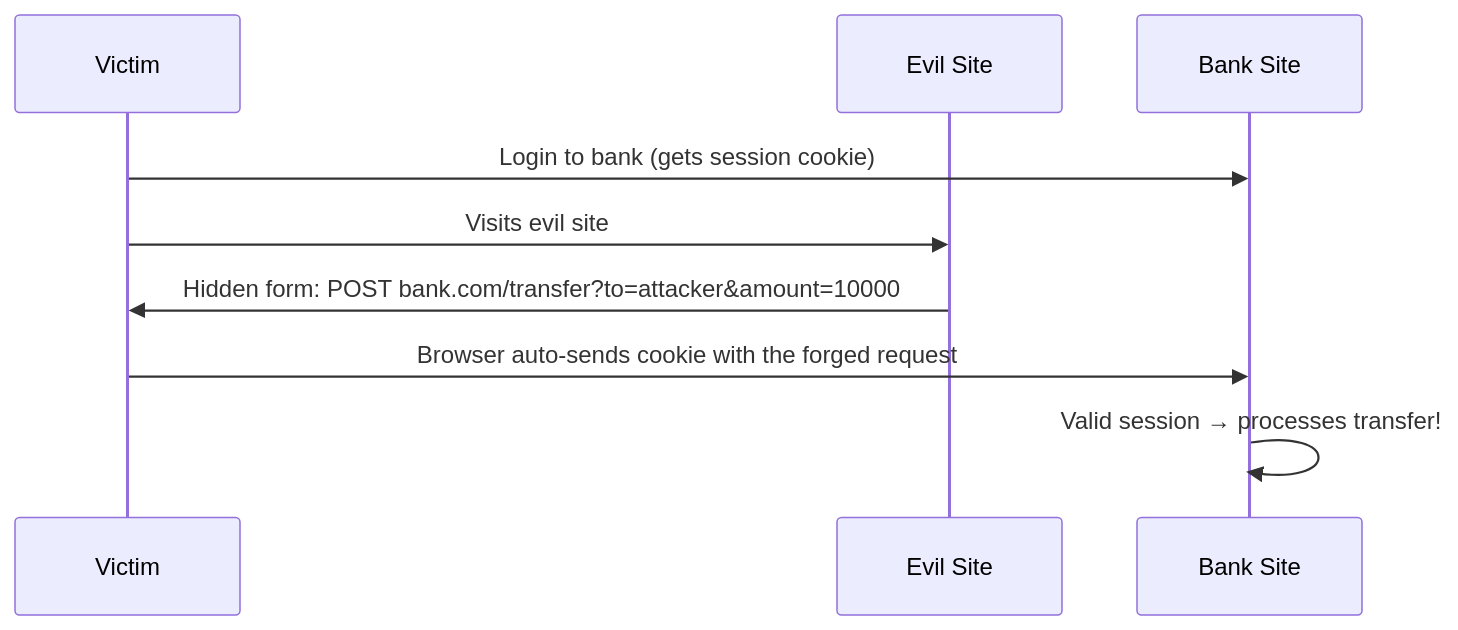
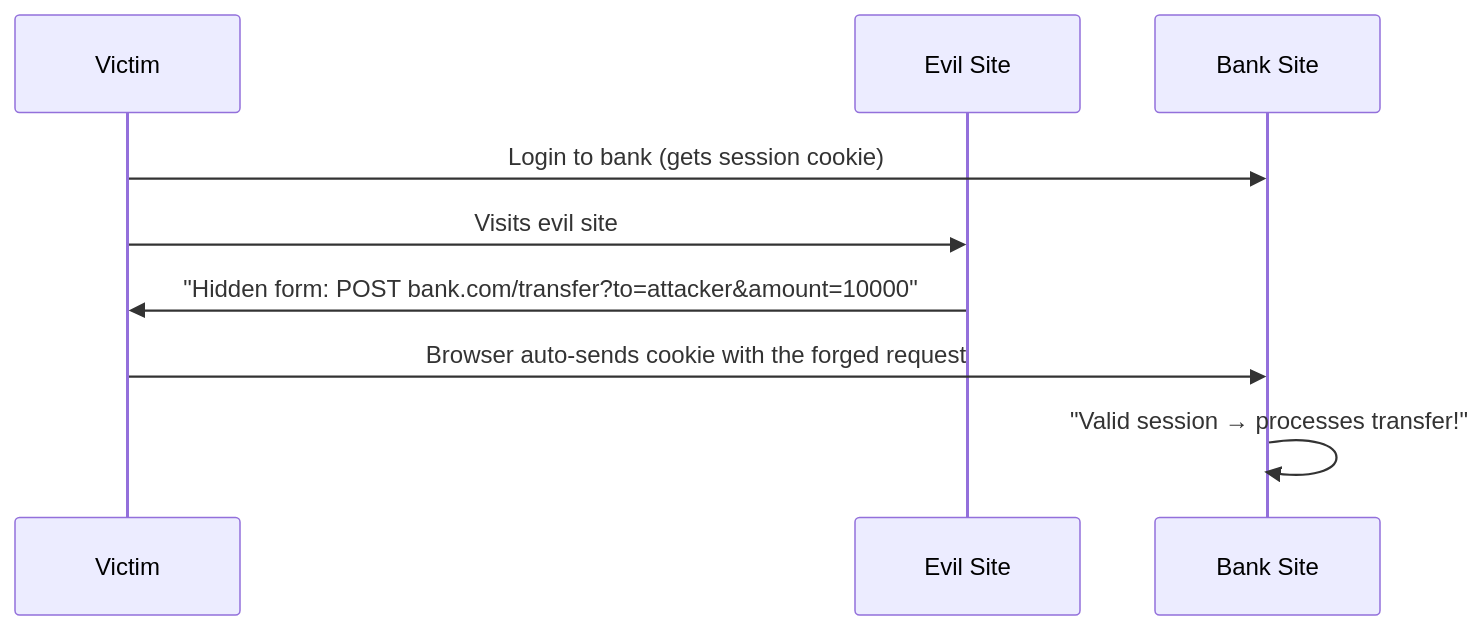
Before and after one commit to spawn08/system-design-interview: the first of 8 diagrams in docs/basics/security.md, drawn with Mermaid. The commit also changed other lines of this file and 1740 other files, not shown here.

First line of the commit message:
Add new Mermaid diagrams for consensus algorithms and data consistency models

````diff
--- a/docs/basics/security.md
+++ b/docs/basics/security.md
@@ -132,12 +132,12 @@
 ```mermaid
 sequenceDiagram
     participant V as Victim
     participant E as Evil Site
     participant B as Bank Site
 
     V->>B: Login to bank (gets session cookie)
     V->>E: Visits evil site
-    E->>V: Hidden form: POST bank.com/transfer?to=attacker&amount=10000
+    E->>V: "Hidden form: POST bank.com/transfer?to=attacker&amount=10000"
     V->>B: Browser auto-sends cookie with the forged request
-    B->>B: Valid session → processes transfer!
+    B->>B: "Valid session → processes transfer!"
 ```
````
